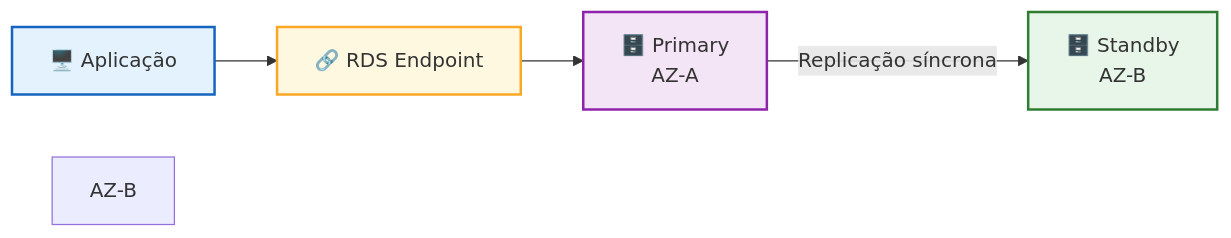
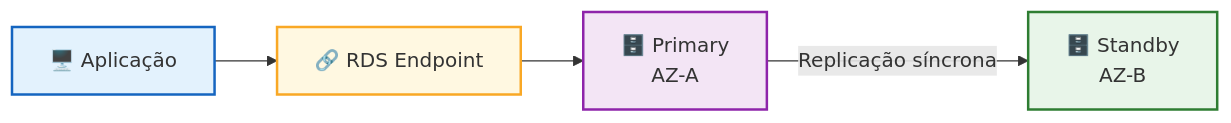
The third of 4 diagrams in 05-bancos-de-dados-e-analytics/10-lab-criando-banco-rds-multi-az.md (danncastro/AWS-Certified-Cloud-Practitioner), drawn with Mermaid before and after one commit.

Commit message:
Feat: Ajuste no mermaid

```diff
--- a/05-bancos-de-dados-e-analytics/10-lab-criando-banco-rds-multi-az.md
+++ b/05-bancos-de-dados-e-analytics/10-lab-criando-banco-rds-multi-az.md
@@ -162,20 +162,19 @@
 ~~~mermaid
 flowchart LR
 
     APP["🖥️ Aplicação"]
         --> ENDPOINT["🔗 RDS Endpoint"]
         --> PRIMARY["🗄️ Primary<br/>AZ-A"]
 
     PRIMARY -->|"Replicação síncrona"| STANDBY["🗄️ Standby<br/>AZ-B"]
 
     classDef app fill:#E3F2FD,stroke:#1565C0,stroke-width:2px;
     classDef endpoint fill:#FFF8E1,stroke:#F9A825,stroke-width:2px;
     classDef primary fill:#F3E5F5,stroke:#8E24AA,stroke-width:2px;
     classDef standby fill:#E8F5E9,stroke:#2E7D32,stroke-width:2px;
 
     class APP app;
     class ENDPOINT endpoint;
     class PRIMARY primary;
     class STANDBY standby;
-    AZ-B
 ~~~  
```
